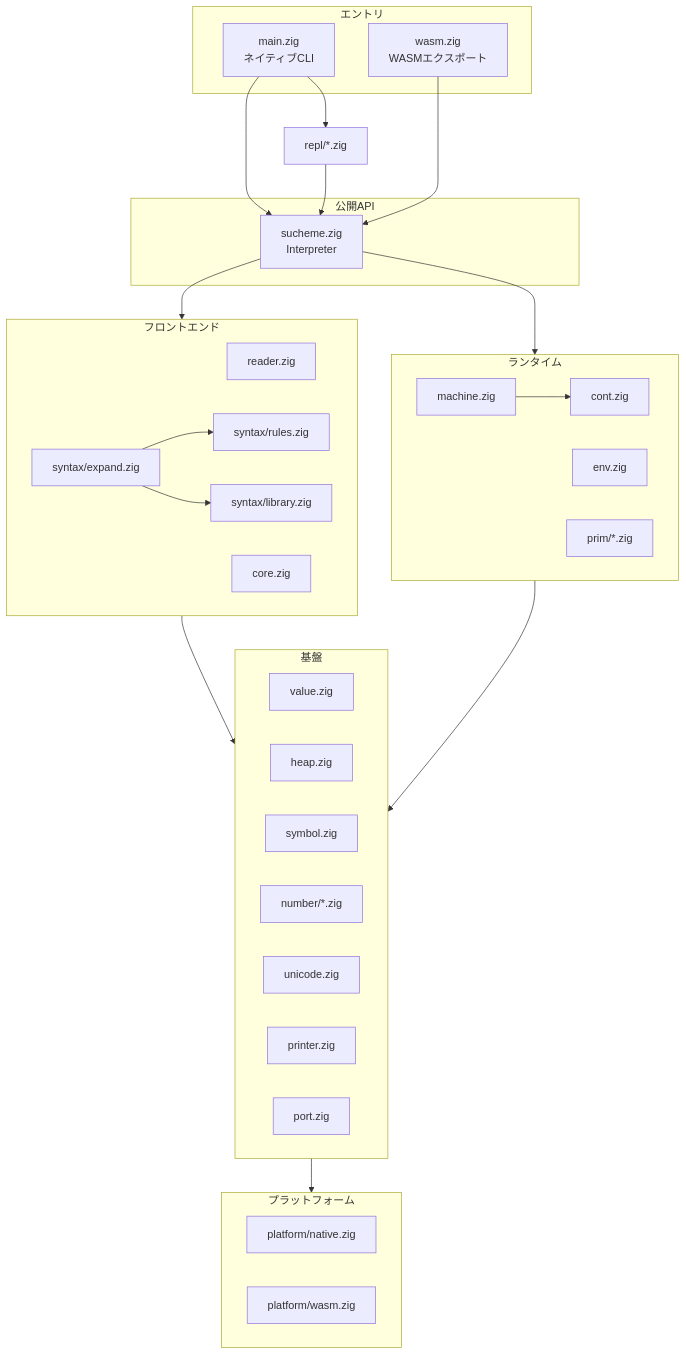
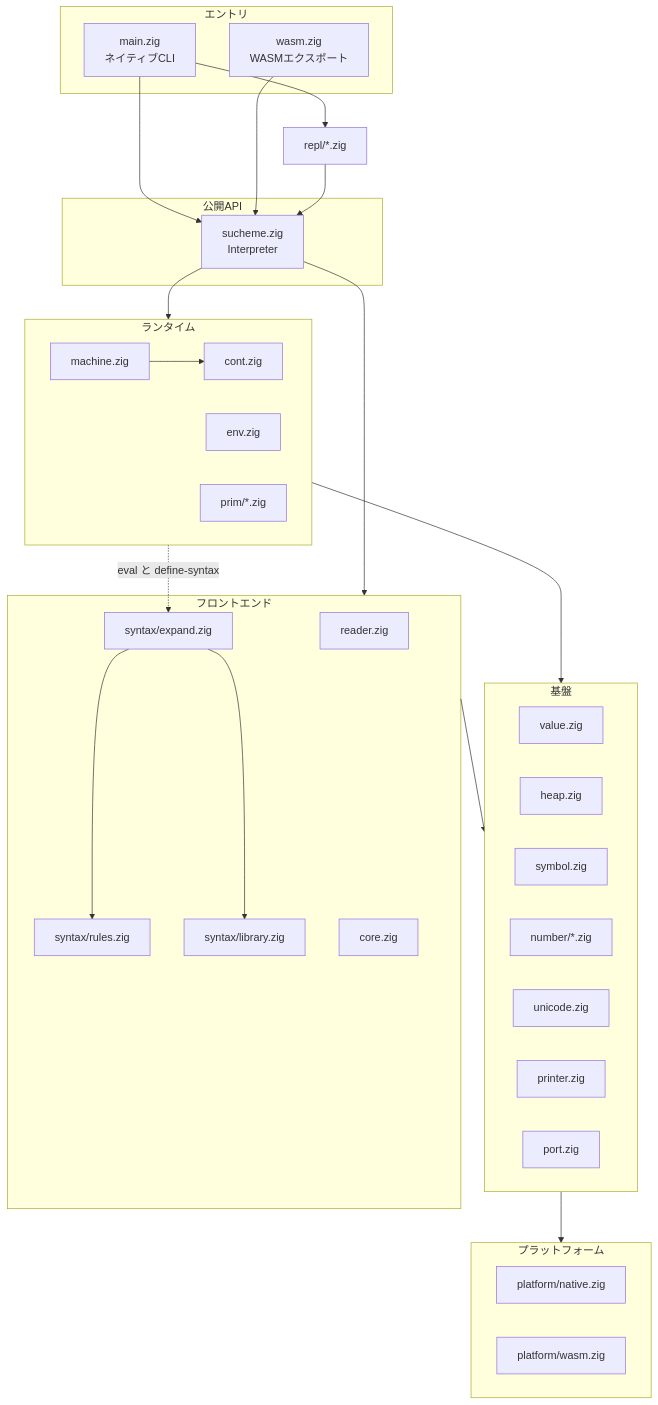
Before and after one commit to suchi/sucheme-zig: the second of 2 diagrams in docs/design/architecture.md, drawn with Mermaid. The commit also changed other lines of this file and 2 other files, not shown here.

````diff
--- a/docs/design/architecture.md
+++ b/docs/design/architecture.md
@@ -44,49 +44,50 @@
 ```mermaid
 flowchart TB
     subgraph entry[エントリ]
         main["main.zig<br/>ネイティブCLI"]
         wasmentry["wasm.zig<br/>WASMエクスポート"]
     end
     subgraph api[公開API]
         root["sucheme.zig<br/>Interpreter"]
     end
     subgraph front[フロントエンド]
         reader["reader.zig"]
         expand["syntax/expand.zig"]
         rules["syntax/rules.zig"]
         library["syntax/library.zig"]
         core["core.zig"]
     end
     subgraph rt[ランタイム]
         machine["machine.zig"]
         cont["cont.zig"]
         env["env.zig"]
         prim["prim/*.zig"]
     end
     subgraph base[基盤]
         value["value.zig"]
         heap["heap.zig"]
         symbol["symbol.zig"]
         number["number/*.zig"]
         unicode["unicode.zig"]
         printer["printer.zig"]
         port["port.zig"]
     end
     subgraph plat[プラットフォーム]
         native["platform/native.zig"]
         pwasm["platform/wasm.zig"]
     end
 
     main --> root
     wasmentry --> root
     main --> repl["repl/*.zig"]
     repl --> root
     root --> front
     root --> rt
     front --> base
     rt --> base
     base --> plat
+    rt -.->|eval と define-syntax| expand
     expand --> rules
     expand --> library
     machine --> cont
 ```
````
